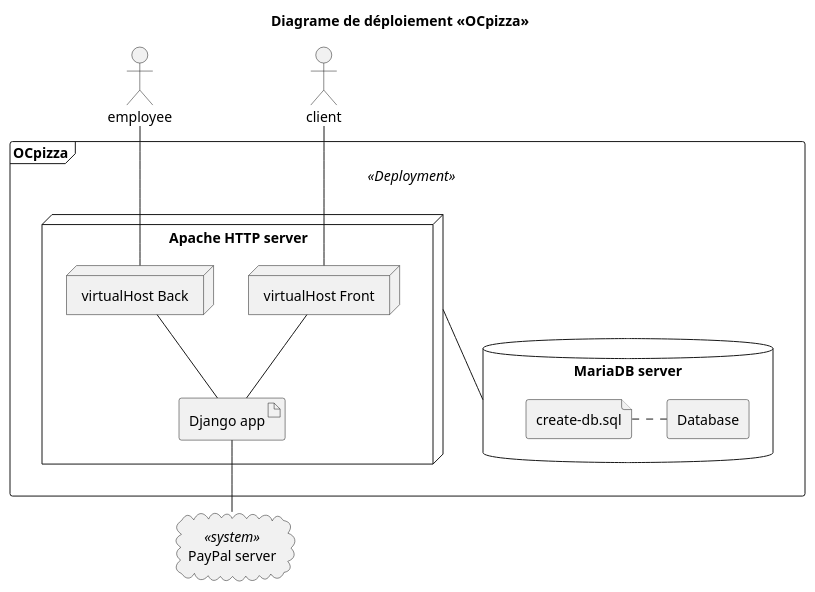
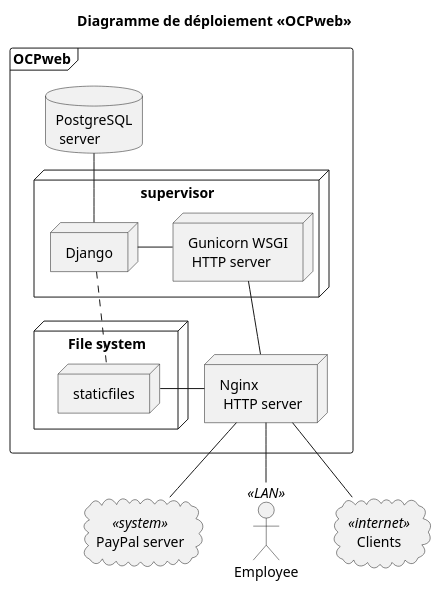
One commit to freezed/ocp6 changed the diagram in src-puml/deployment.puml. Above: the diagram before and after it, drawn with PlantUML. The commit also changed 1 other file, not shown here.

```diff
--- a/src-puml/deployment.puml
+++ b/src-puml/deployment.puml
@@ -1,40 +1,43 @@
 @startuml
-title Diagrame de déploiement «OCpizza»
+title Diagramme de déploiement «OCPweb»
 
 /' = = = = = = = STYLE = = = = = = = '/
 ' skinparam monochrome true
 ' skinparam linetype ortho
 
 cloud "PayPal server" as bank <<system>>
-actor "employee"
-actor "client"
+actor "Employee" <<LAN>>
+cloud "Clients" <<internet>>
 
 /' = = = = = = = ARTIFACT = = = = = = = '/
 
-Frame  "OCpizza" <<Deployment>> {
+Frame  "OCPweb" {
 
-    node "Apache HTTP server" as ws {
-        node "virtualHost Front" as vhf
-        node "virtualHost Back" as vhb
-        artifact "Django app" as dapp
+    node "Nginx\n HTTP server" as nginx
+
+    database "PostgreSQL\n server" as psql
+
+    node "File system" as fs {
+        node "staticfiles" as stat
     }
 
-    database "MariaDB server" as dbs {
-        file "create-db.sql" as scriptdb
-        rectangle "Database" as db
+    node "supervisor" as supervisor {
+        node "Gunicorn WSGI\n HTTP server" as gunicorn
+        node "Django" as django
     }
+
 }
 
 /' = = = = = = = RELATION = = = = = = = '/
 
-bank -up- dapp
-client -- vhf
-employee -- vhb
+bank -up- nginx
+Clients -up- nginx
+Employee -up- nginx
 
-ws -- dbs
-vhf -- dapp
-dapp -up- vhb
-
-scriptdb . db
+django .. stat
+django - gunicorn
+gunicorn -- nginx
+nginx - stat
+django -up- psql
 
 @enduml
```
